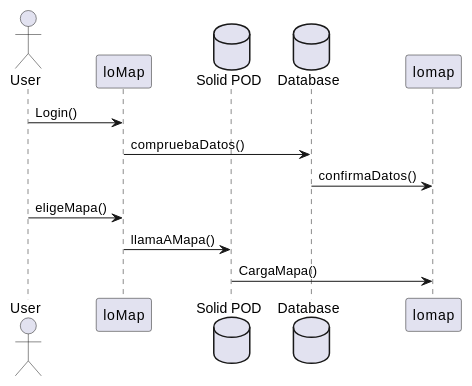
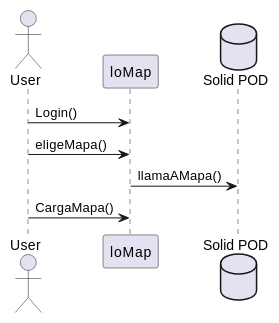
Before and after one commit to Arquisoft/lomap_es4c: the third of 10 diagrams in docs/06_runtime_view.adoc, drawn with PlantUML. The commit also changed other lines of this file and 10 other files, not shown here.

```diff
--- a/docs/06_runtime_view.adoc
+++ b/docs/06_runtime_view.adoc
@@ -70,14 +70,11 @@
 [plantuml,"Cargar mapa",png]
 ----
 actor User as user
 participant "loMap" as loMap
 database "Solid POD" as pod
-database "Database" as data
 
 user -> loMap :Login()
-loMap -> data: compruebaDatos()
-lomap <- data: confirmaDatos()
 user -> loMap : eligeMapa()
 loMap -> pod: llamaAMapa()
-lomap <- pod : CargaMapa()
+user -> loMap : CargaMapa()
 ----
```
